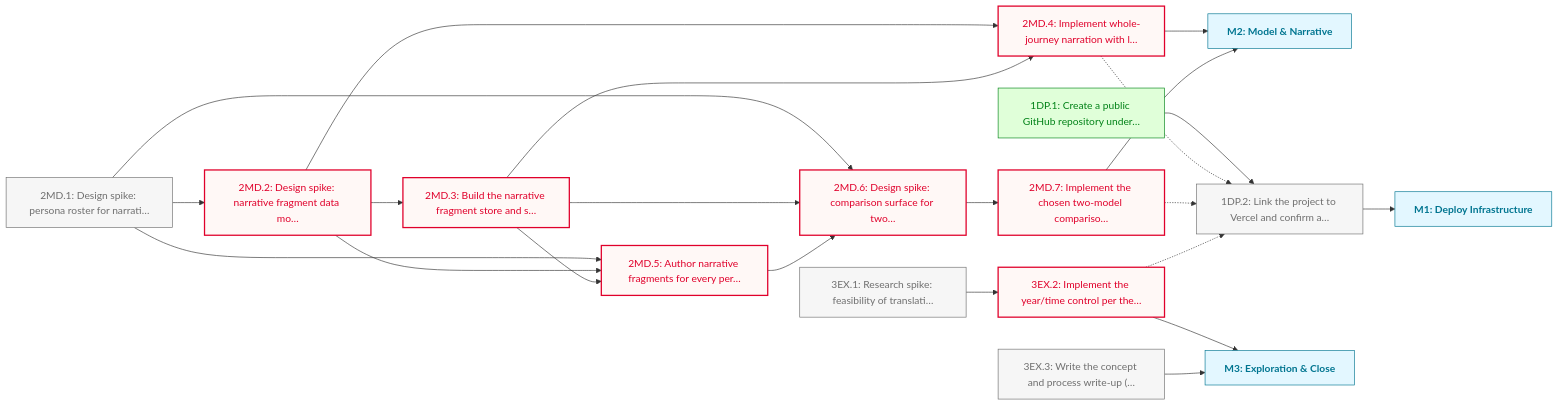
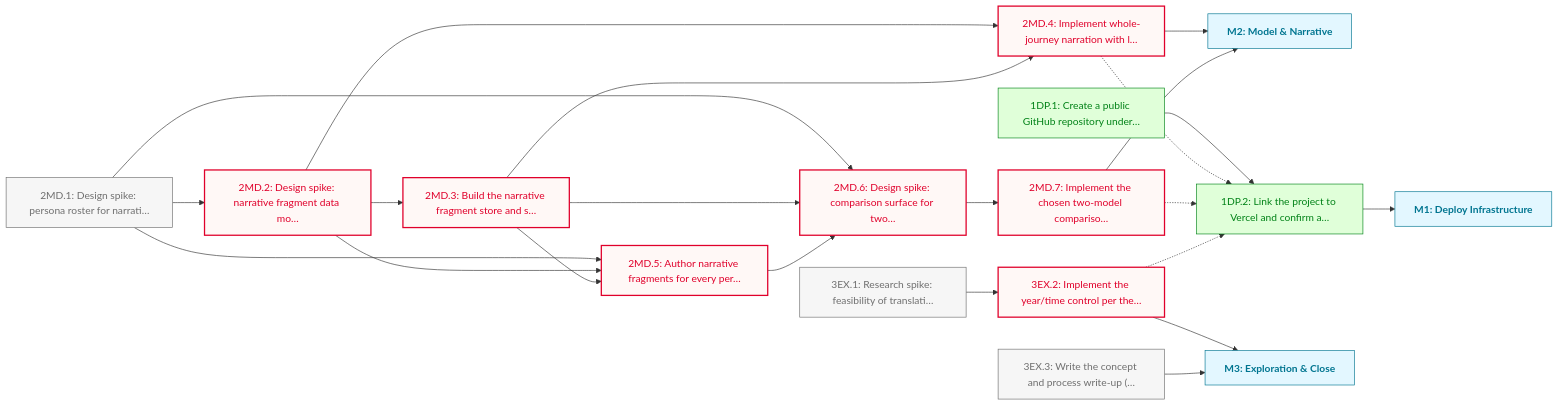
The diagram in docs/roadmaps/PHASE_1.md (JasonWarrenUK/reach), drawn with Mermaid before and after one commit. The commit also changed other lines of this file and 2 other files, not shown here.

Commit message:
docs: mark 1DP.2 done, M1 complete
Verified live at https://reach-phi-five.vercel.app/ (HTTP 200).

````diff
--- a/docs/roadmaps/PHASE_1.md
+++ b/docs/roadmaps/PHASE_1.md
@@ -50,50 +50,50 @@
 ```mermaid
 graph LR
 	classDef todo fill:#f6f6f6,stroke:#6f6f6f,color:#6f6f6f
 	classDef blocked fill:#fff8f6,stroke:#e0002b,color:#e0002b,stroke-width:2px
 	classDef paused fill:#fdf4ff,stroke:#b01fe3,color:#b01fe3,stroke-dasharray:4 3
 	classDef deferred fill:#fff8f3,stroke:#ac5c00,color:#ac5c00,stroke-dasharray:2 4,font-style:italic
 	classDef done fill:#e0ffd9,stroke:#008217,color:#008217
 	classDef outOfScope fill:#f6f6f6,stroke:#e2e2e2,color:#e2e2e2,stroke-dasharray:2 2
 	classDef mile fill:#e3f7ff,stroke:#007590,color:#007590,font-weight:bold
 	classDef external fill:#fff9e5,stroke:#7d6f00,color:#7d6f00,stroke-dasharray:4 3,font-style:italic
 	1DP.1["1DP.1: Create a public GitHub repository under…"]
 	2MD.1["2MD.1: Design spike: persona roster for narrati…"]
 	2MD.2["2MD.2: Design spike: narrative fragment data mo…"]
 	2MD.3["2MD.3: Build the narrative fragment store and s…"]
 	2MD.4["2MD.4: Implement whole-journey narration with l…"]
 	2MD.5["2MD.5: Author narrative fragments for every per…"]
 	2MD.6["2MD.6: Design spike: comparison surface for two…"]
 	2MD.7["2MD.7: Implement the chosen two-model compariso…"]
 	M2["M2: Model & Narrative"]:::mile
 	3EX.1["3EX.1: Research spike: feasibility of translati…"]
 	3EX.2["3EX.2: Implement the year/time control per the…"]
 	1DP.2["1DP.2: Link the project to Vercel and confirm a…"]
 	M1["M1: Deploy Infrastructure"]:::mile
 	3EX.3["3EX.3: Write the concept and process write-up (…"]
 	M3["M3: Exploration & Close"]:::mile
 	1DP.1 --> 1DP.2
 	2MD.1 --> 2MD.2
 	2MD.1 --> 2MD.5
 	2MD.1 --> 2MD.6
 	2MD.2 --> 2MD.3
 	2MD.2 --> 2MD.4
 	2MD.2 --> 2MD.5
 	2MD.3 --> 2MD.4
 	2MD.3 --> 2MD.5
 	2MD.3 --> 2MD.6
 	2MD.4 --> M2
 	2MD.4 -.-> 1DP.2
 	2MD.5 --> 2MD.6
 	2MD.6 --> 2MD.7
 	2MD.7 --> M2
 	2MD.7 -.-> 1DP.2
 	3EX.1 --> 3EX.2
 	3EX.2 -.-> 1DP.2
 	3EX.2 --> M3
 	1DP.2 --> M1
 	3EX.3 --> M3
-	class 1DP.2,2MD.1,3EX.1,3EX.3 todo
+	class 2MD.1,3EX.1,3EX.3 todo
 	class 2MD.2,2MD.3,2MD.4,2MD.5,2MD.6,2MD.7,3EX.2 blocked
-	class 1DP.1 done
+	class 1DP.1,1DP.2 done
 ```
````
